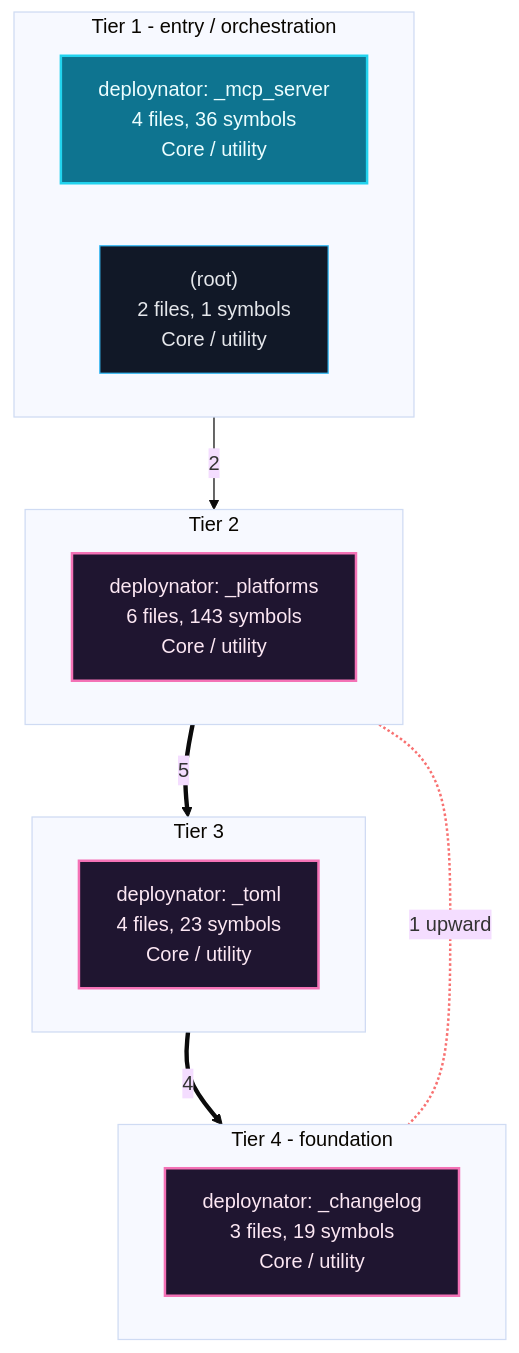
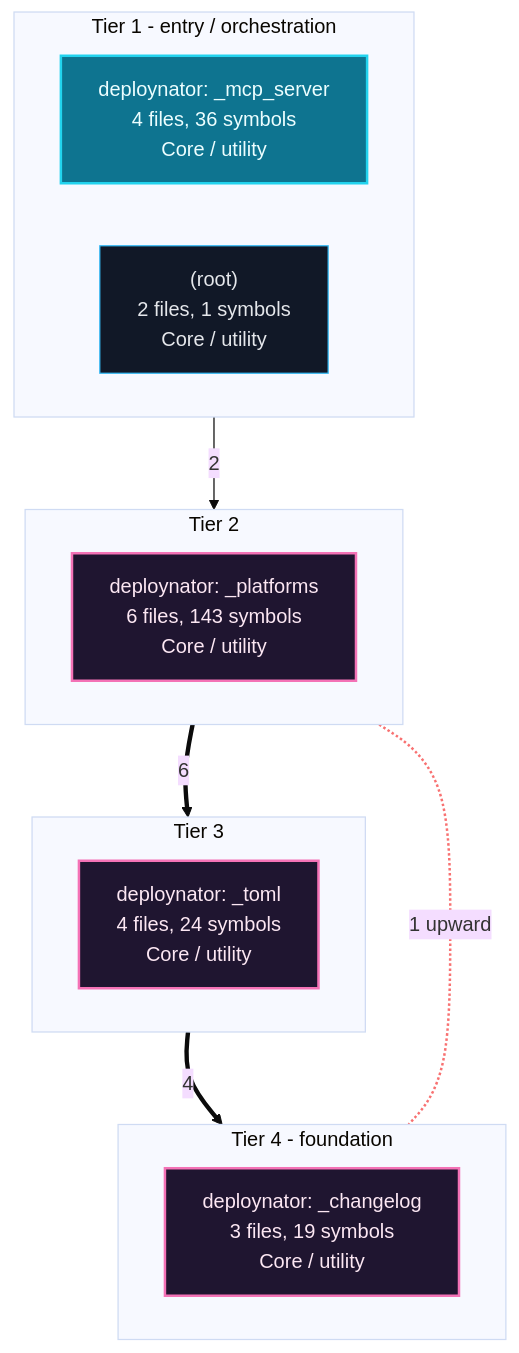
One commit to grisuno/deploynator changed the first of 9 diagrams in readmenator-apidocs/architecture.md. Above: the diagram before and after it, drawn with Mermaid (base theme). The commit also changed other lines of this file and 82 other files, not shown here.

````diff
--- a/readmenator-apidocs/architecture.md
+++ b/readmenator-apidocs/architecture.md
@@ -11,31 +11,31 @@
 ```mermaid
 flowchart TB
     classDef cycle fill:#1f1530,stroke:#f472b6,color:#fce7f3,stroke-width:2px;
     classDef default fill:#111827,stroke:#38bdf8,color:#e5e7eb;
     classDef entry fill:#0e7490,stroke:#22d3ee,color:#ecfeff,stroke-width:2px;
     subgraph lane_0["Tier 1 - entry / orchestration"]
         direction LR
         n_c2["deploynator: _mcp_server<br/>4 files, 36 symbols<br/>Core / utility"]:::entry
         n_d__root_["(root)<br/>2 files, 1 symbols<br/>Core / utility"]:::default
     end
     subgraph lane_1["Tier 2"]
         direction LR
         n_c0["deploynator: _platforms<br/>6 files, 143 symbols<br/>Core / utility"]:::cycle
     end
     subgraph lane_2["Tier 3"]
         direction LR
-        n_c1["deploynator: _toml<br/>4 files, 23 symbols<br/>Core / utility"]:::cycle
+        n_c1["deploynator: _toml<br/>4 files, 24 symbols<br/>Core / utility"]:::cycle
     end
     subgraph lane_3["Tier 4 - foundation"]
         direction LR
         n_c3["deploynator: _changelog<br/>3 files, 19 symbols<br/>Core / utility"]:::cycle
     end
-    n_c0 ==>|"5"| n_c1
+    n_c0 ==>|"6"| n_c1
     n_c1 ==>|"4"| n_c3
     n_c2 -->|"2"| n_c0
     n_c0 <-.-|"1 upward"| n_c3
     linkStyle 3 stroke:#f87171,stroke-width:2px;
     n_c2 ~~~ n_c0
     n_c0 ~~~ n_c1
     n_c1 ~~~ n_c3
 ```
````
